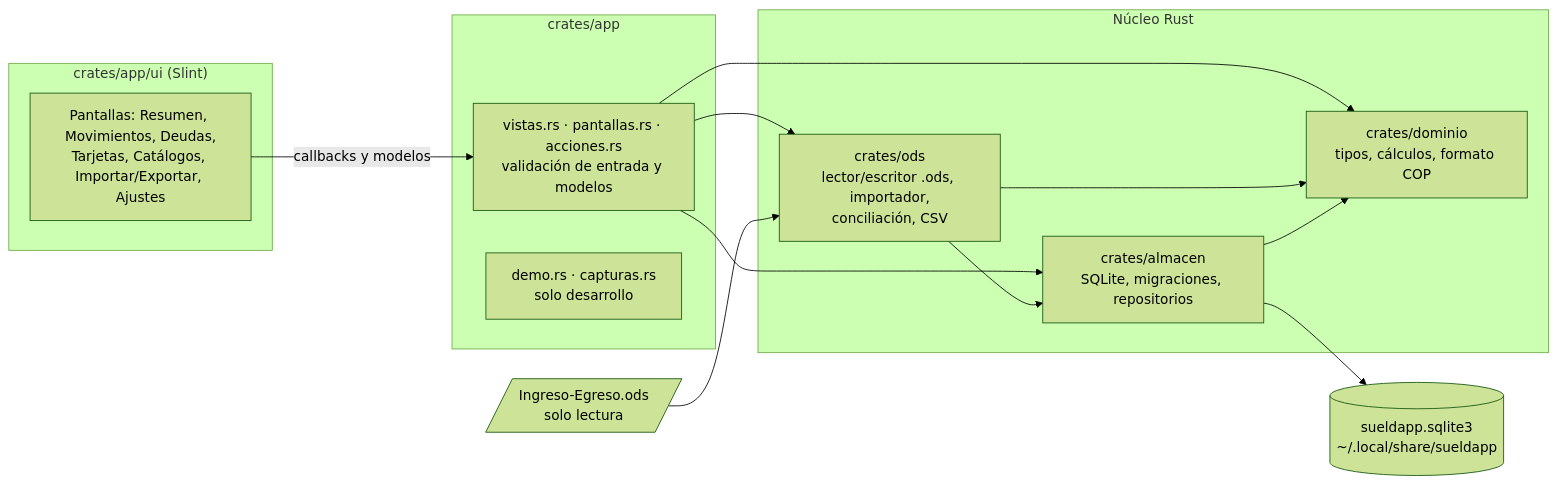
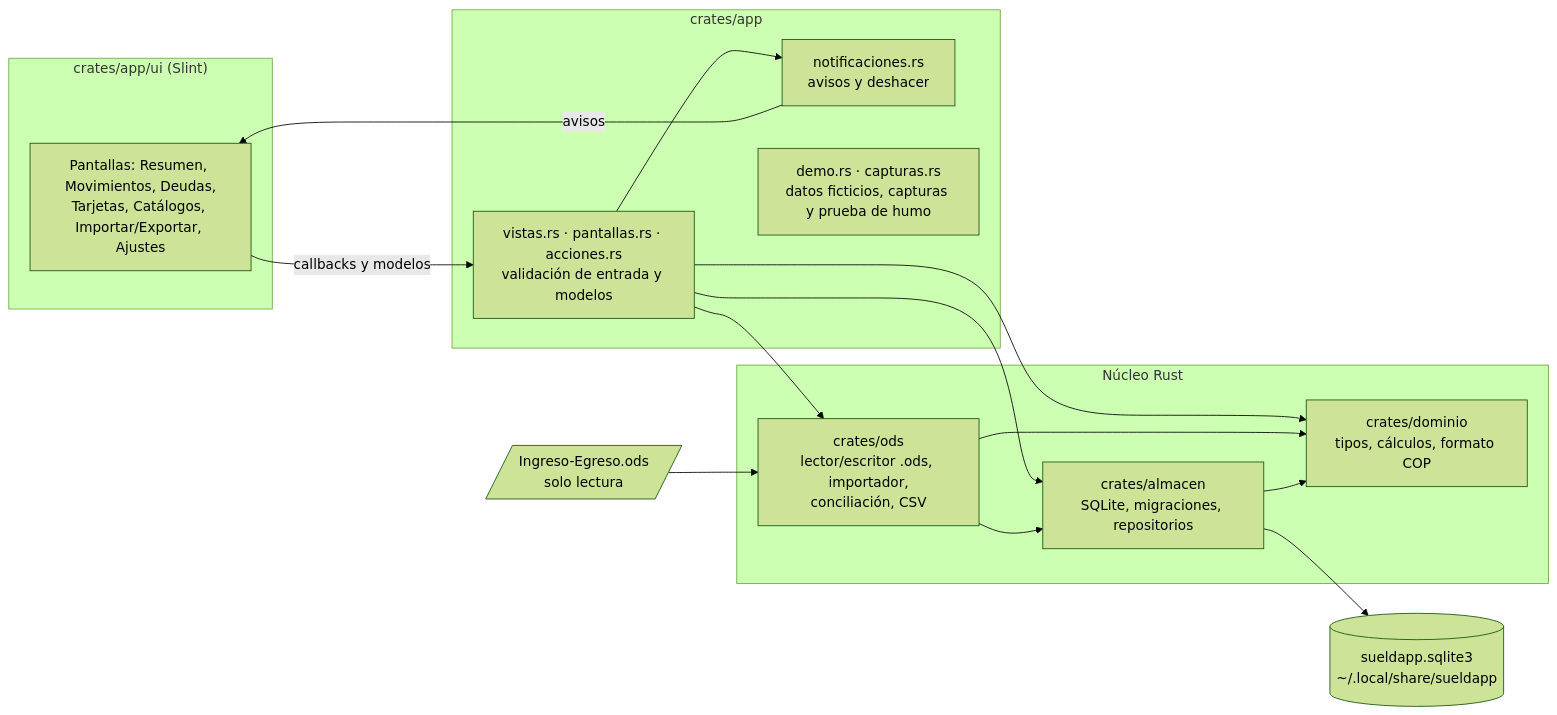
Before and after one commit to CpuJP/sueldapp: the diagram in docs/arquitectura.md, drawn with Mermaid (forest theme). The commit also changed other lines of this file and 68 other files, not shown here.

````diff
--- a/docs/arquitectura.md
+++ b/docs/arquitectura.md
@@ -7,27 +7,30 @@
 ```mermaid
 flowchart LR
   subgraph UI["crates/app/ui (Slint)"]
     V[Pantallas: Resumen, Movimientos, Deudas,<br/>Tarjetas, Catálogos, Importar/Exportar, Ajustes]
   end
   subgraph APP["crates/app"]
     C[vistas.rs · pantallas.rs · acciones.rs<br/>validación de entrada y modelos]
-    D[demo.rs · capturas.rs<br/>solo desarrollo]
+    N[notificaciones.rs<br/>avisos y deshacer]
+    D[demo.rs · capturas.rs<br/>datos ficticios, capturas y prueba de humo]
   end
   subgraph NUCLEO["Núcleo Rust"]
     DOM[crates/dominio<br/>tipos, cálculos, formato COP]
     ALM[crates/almacen<br/>SQLite, migraciones, repositorios]
     ODS[crates/ods<br/>lector/escritor .ods, importador,<br/>conciliación, CSV]
   end
   DB[(sueldapp.sqlite3<br/>~/.local/share/sueldapp)]
   HOJA[/Ingreso-Egreso.ods<br/>solo lectura/]
 
   V -- callbacks y modelos --> C
   C --> DOM
   C --> ALM
   C --> ODS
+  C --> N
+  N -- avisos --> V
   ODS --> DOM
   ODS --> ALM
   ALM --> DOM
   ALM --> DB
   HOJA --> ODS
 ```
````
